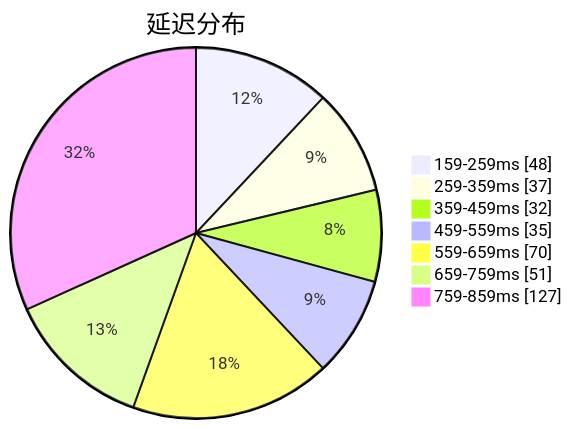
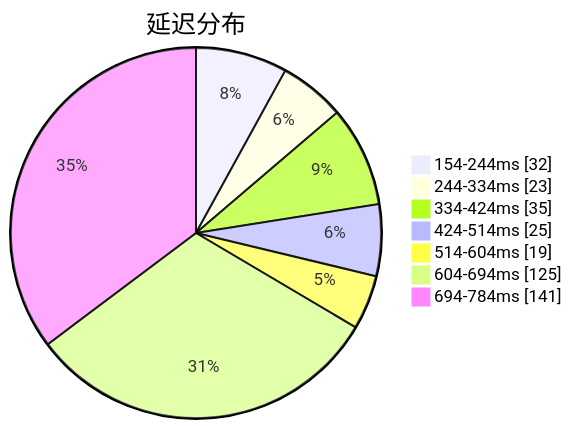
Before and after one commit to qjlxg/airport: the first of 3 diagrams in subs/statistics/tested_within.md, drawn with Mermaid. The commit also changed other lines of this file and 2 other files, not shown here.

Commit message:
Tested by metaST

````diff
--- a/subs/statistics/tested_within.md
+++ b/subs/statistics/tested_within.md
@@ -2,11 +2,11 @@
 ```mermaid
 pie showData
 title 延迟分布
-"159-259ms" : 48
-"259-359ms" : 37
-"359-459ms" : 32
-"459-559ms" : 35
-"559-659ms" : 70
-"659-759ms" : 51
-"759-859ms" : 127
+"154-244ms" : 32
+"244-334ms" : 23
+"334-424ms" : 35
+"424-514ms" : 25
+"514-604ms" : 19
+"604-694ms" : 125
+"694-784ms" : 141
 ```
````
